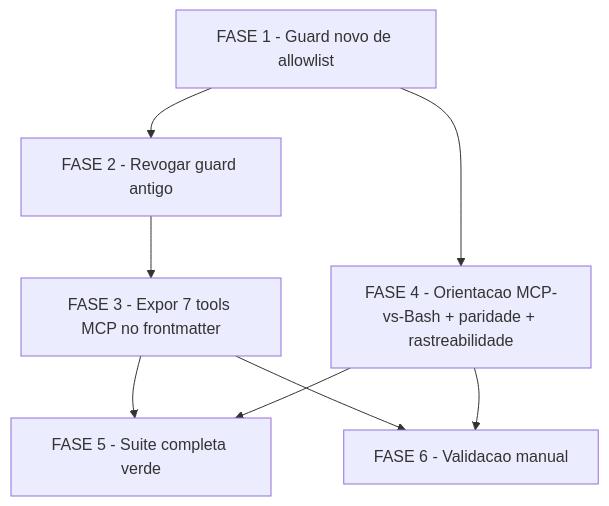
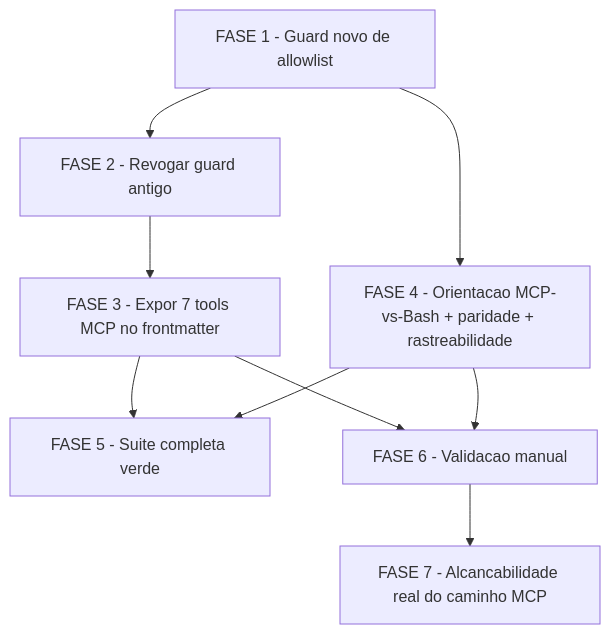
The diagram in docs/specs/orchestrator-mcp-allowlist/tasks.md (JotJunior/cstk), drawn with Mermaid before and after one commit. The commit also changed other lines of this file and 1 other file, not shown here.

````diff
--- a/docs/specs/orchestrator-mcp-allowlist/tasks.md
+++ b/docs/specs/orchestrator-mcp-allowlist/tasks.md
@@ -331,17 +394,19 @@
 ```mermaid
 flowchart TD
     F1[FASE 1 - Guard novo de allowlist]
     F2[FASE 2 - Revogar guard antigo]
     F3[FASE 3 - Expor 7 tools MCP no frontmatter]
     F4[FASE 4 - Orientacao MCP-vs-Bash + paridade + rastreabilidade]
     F5[FASE 5 - Suite completa verde]
     F6[FASE 6 - Validacao manual]
+    F7[FASE 7 - Alcancabilidade real do caminho MCP]
 
     F1 --> F2
     F1 --> F4
     F2 --> F3
     F3 --> F5
     F4 --> F5
     F3 --> F6
     F4 --> F6
+    F6 --> F7
 ```
````
